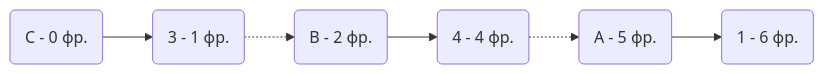
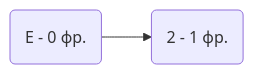
The tenth of 12 diagrams in task_13/Mongolian_tomatoes.md (HSE-algo-23-crow/manual_tasks), drawn with Mermaid before and after one commit. The commit also changed other lines of this file, not shown here.

````diff
--- a/task_13/Mongolian_tomatoes.md
+++ b/task_13/Mongolian_tomatoes.md
@@ -209,4 +275,4 @@
 ```mermaid
 graph LR
-    C(C - 0 фр.)  --> 3(3 - 1 фр.) -.-> B(B - 2 фр.) --> 4(4 - 4 фр.) -.-> A(A - 5 фр.) --> 1(1 - 6 фр.)
+    E(E - 0 фр.)  --> 2(2 - 1 фр.)
 ```
````
